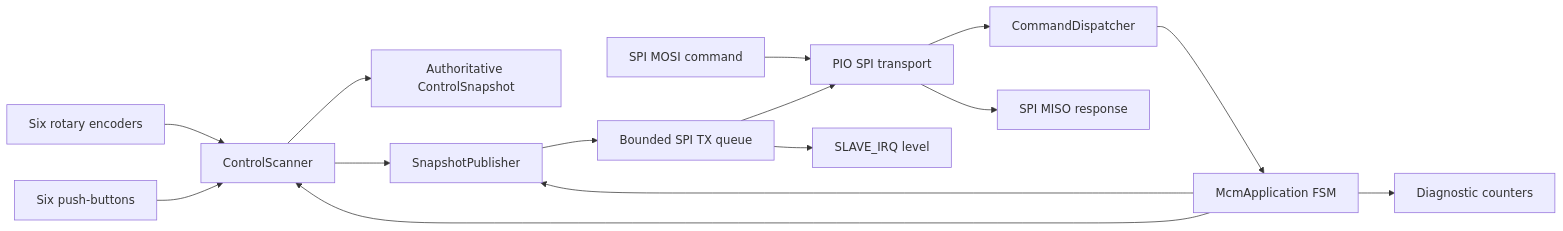
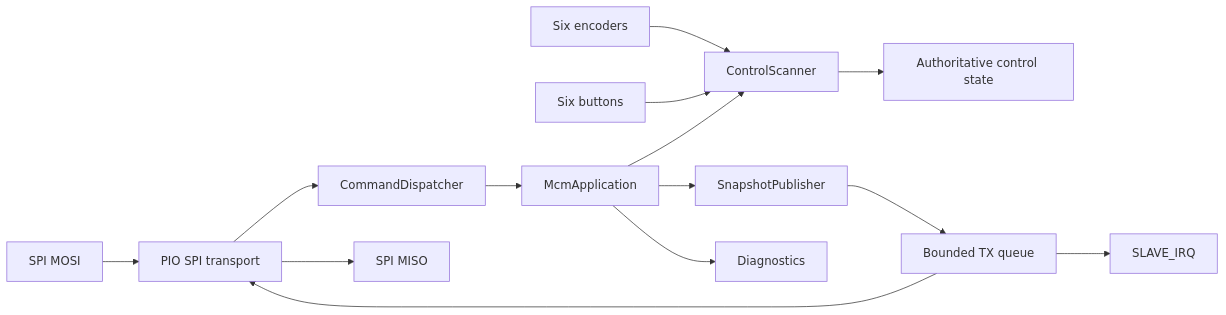
The diagram in README.md (Roth-Amplification-Ltd/mcm-firmware), drawn with Mermaid before and after one commit. The commit also changed other lines of this file and 15 other files, not shown here.

````diff
--- a/README.md
+++ b/README.md
@@ -105,17 +40,16 @@
 ```mermaid
 flowchart LR
-    ENC[Six rotary encoders] --> SCAN[ControlScanner]
-    BTN[Six push-buttons] --> SCAN
-    SCAN --> STATE[Authoritative ControlSnapshot]
-    SCAN --> PUB[SnapshotPublisher]
-    MOSI[SPI MOSI command] --> PIO[PIO SPI transport]
-    PIO --> DISP[CommandDispatcher]
-    DISP --> APP[McmApplication FSM]
+    ENC[Six encoders] --> SCAN[ControlScanner]
+    BTN[Six buttons] --> SCAN
+    SCAN --> STATE[Authoritative control state]
+    MOSI[SPI MOSI] --> SPI[PIO SPI transport]
+    SPI --> CMD[CommandDispatcher]
+    CMD --> APP[McmApplication]
     APP --> SCAN
-    APP --> PUB
-    PUB --> TXQ[Bounded SPI TX queue]
-    TXQ --> PIO
-    PIO --> MISO[SPI MISO response]
-    TXQ --> IRQ[SLAVE_IRQ level]
-    APP --> DIAG[Diagnostic counters]
+    APP --> PUB[SnapshotPublisher]
+    PUB --> TX[Bounded TX queue]
+    TX --> SPI
+    SPI --> MISO[SPI MISO]
+    TX --> IRQ[SLAVE_IRQ]
+    APP --> DIAG[Diagnostics]
 ```
````
